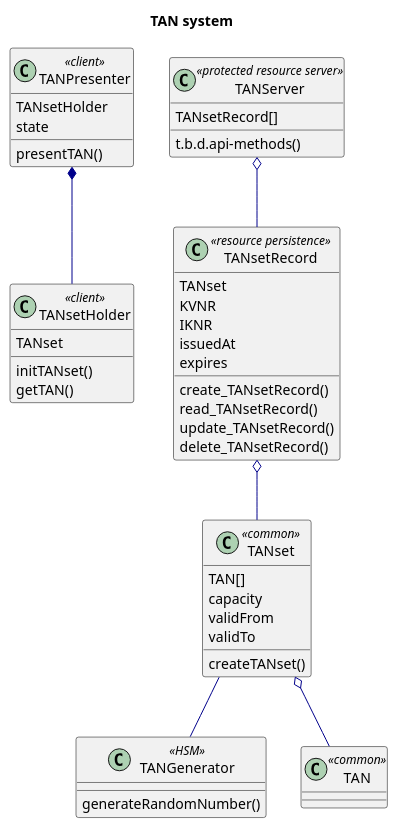
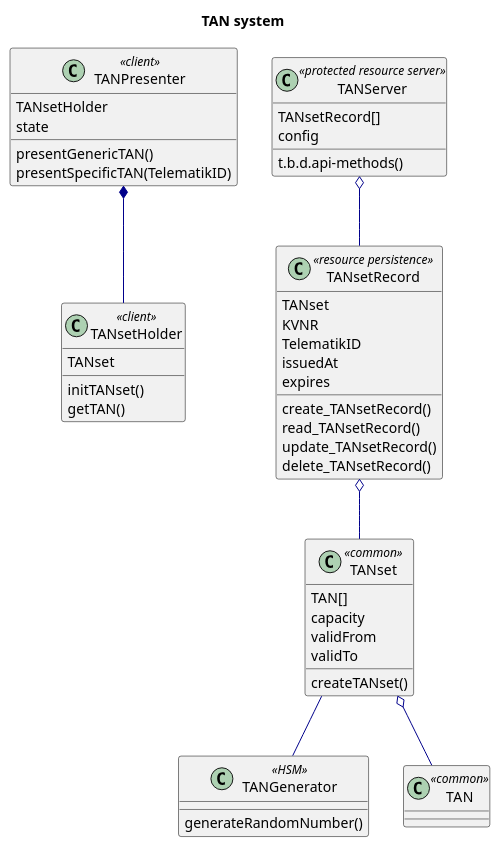
The diagram in src/plantuml/KD_Infomodell_TANset.puml (gematik/api-popp), drawn with PlantUML before and after one commit.

Commit message:
extended info model for TAN system with two presentationMethods one for GenericTANs (without LEI binding), second one for SpecificTAN (with LEI/TelematikID binding)

```diff
--- a/src/plantuml/KD_Infomodell_TANset.puml
+++ b/src/plantuml/KD_Infomodell_TANset.puml
@@ -1,82 +1,84 @@
 @startuml
 skinparam Shadowing false
 skinparam ParticipantPadding 20
 skinparam BoxPadding 10
 
 
 skinparam sequence {
     ArrowColor DodgerBlue
     ActorBorderColor DodgerBlue
     LifeLineBorderColor Blue
 
     ParticipantBackgroundColor #3483eb
     ParticipantBorderColor #3483eb
     ParticipantFontSize 14
     ParticipantFontColor White
 
     ActorBackgroundColor #3483eb
     ActorFontSize 14
     NoteBackgroundColor #3483eb
 }
 
 title TAN system
 
 skinparam class {
     ArrowColor #darkblue
     BorderColor black
 }
 
 class TANsetHolder << client >>{
 	TANset
 	initTANset()
 	getTAN()
 }
 
 class TANPresenter << client >>{
     TANsetHolder
     state
-    presentTAN()
+    presentGenericTAN()
+    presentSpecificTAN(TelematikID)
 }
 
 class TANServer << protected resource server >> {
     TANsetRecord[]
+    config
     t.b.d.api-methods()
 
 }
 
 class TANsetRecord << resource persistence >>{
 TANset
 KVNR
-IKNR
+TelematikID
 issuedAt
 expires
     create_TANsetRecord()
     read_TANsetRecord()
     update_TANsetRecord()
     delete_TANsetRecord()
 }
 
 class TANset << common >>{
     TAN[]
     capacity
     validFrom
     validTo
     createTANset()
 }
 
 class TANGenerator << HSM >> {
     generateRandomNumber()
 }
 
 class TAN <<common >>{
 }
 
 
 TANServer o-- TANsetRecord
 TANPresenter *-- TANsetHolder
 TANsetRecord  o-- TANset
 TANset o-- TAN
 TANset -- TANGenerator
 
 
 @enduml
```
